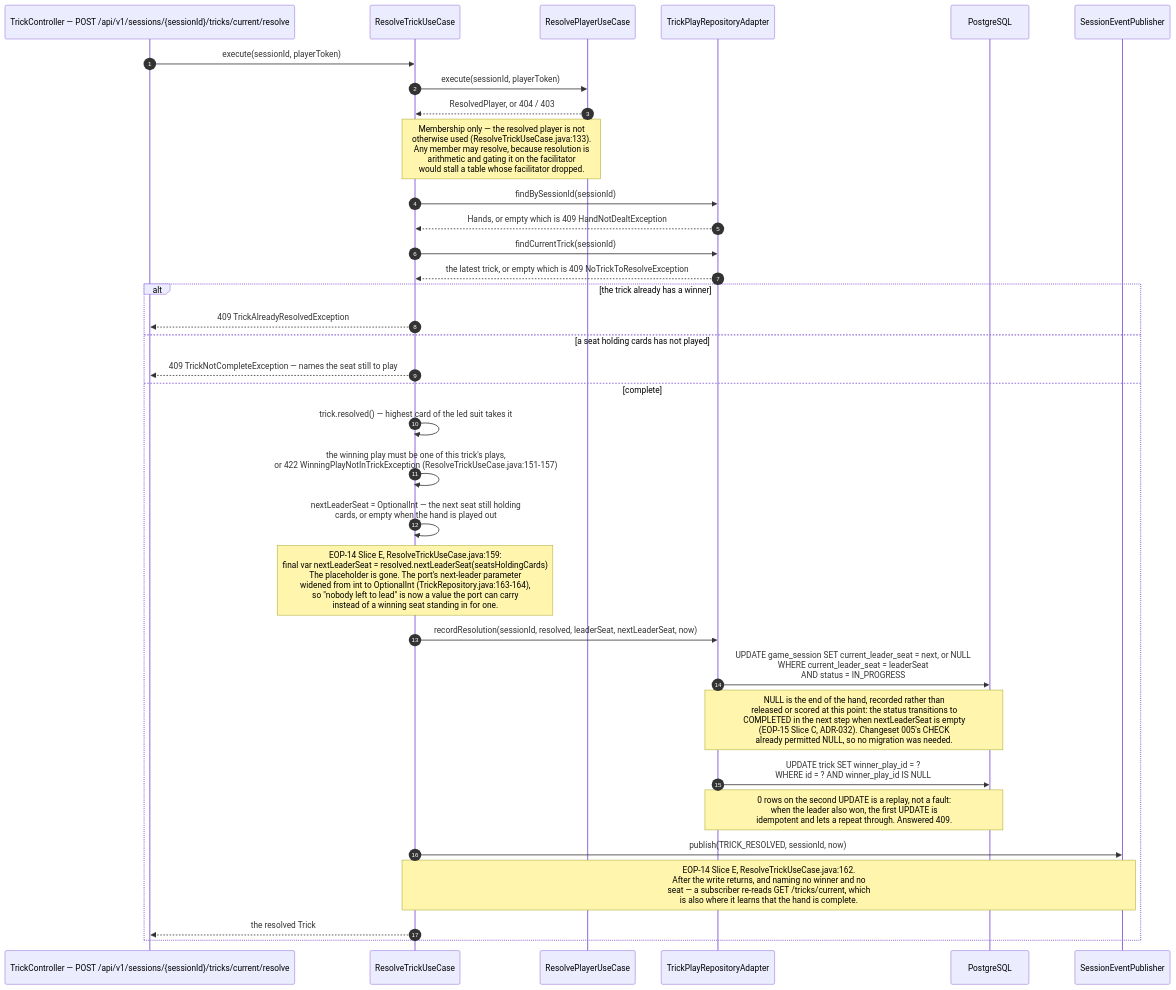
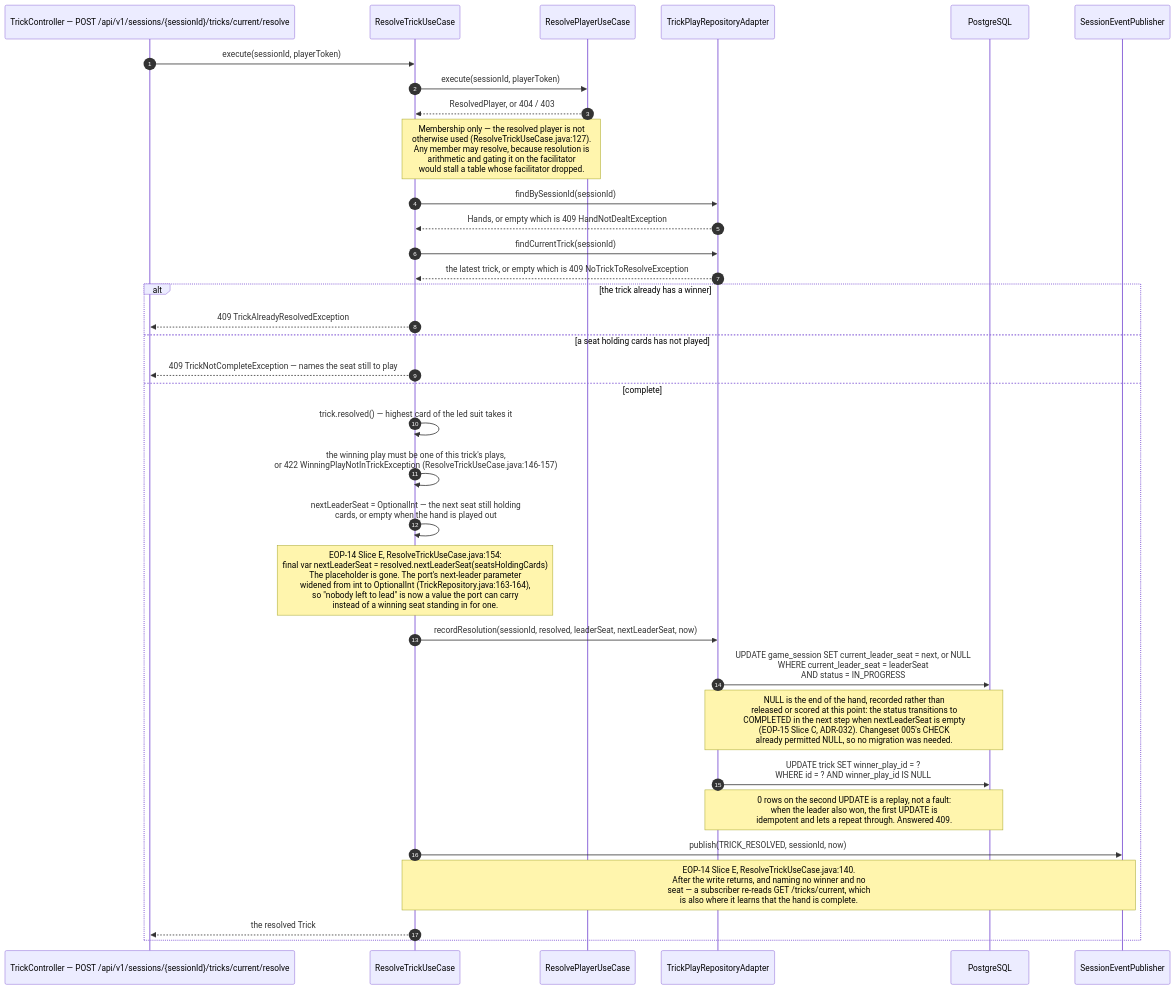
One commit to maglez/eop-threat-medeling changed the sixth of 12 diagrams in docs/architecture/runtime-view.md. Above: the diagram before and after it, drawn with Mermaid. The commit also changed other lines of this file and 14 other files, not shown here.

````diff
--- a/docs/architecture/runtime-view.md
+++ b/docs/architecture/runtime-view.md
@@ -837,40 +843,40 @@
 ```mermaid
 sequenceDiagram
     autonumber
     participant CL as TrickController — POST /api/v1/sessions/{sessionId}/tricks/current/resolve
     participant RT as ResolveTrickUseCase
     participant RP as ResolvePlayerUseCase
     participant TPRA as TrickPlayRepositoryAdapter
     participant DB as PostgreSQL
     participant EV as SessionEventPublisher
 
     CL->>RT: execute(sessionId, playerToken)
 
     RT->>RP: execute(sessionId, playerToken)
     RP-->>RT: ResolvedPlayer, or 404 / 403
-    Note over RT,RP: Membership only — the resolved player is not<br/>otherwise used (ResolveTrickUseCase.java:133).<br/>Any member may resolve, because resolution is<br/>arithmetic and gating it on the facilitator<br/>would stall a table whose facilitator dropped.
+    Note over RT,RP: Membership only — the resolved player is not<br/>otherwise used (ResolveTrickUseCase.java:127).<br/>Any member may resolve, because resolution is<br/>arithmetic and gating it on the facilitator<br/>would stall a table whose facilitator dropped.
 
     RT->>TPRA: findBySessionId(sessionId)
     TPRA-->>RT: Hands, or empty which is 409 HandNotDealtException
     RT->>TPRA: findCurrentTrick(sessionId)
     TPRA-->>RT: the latest trick, or empty which is 409 NoTrickToResolveException
 
     alt the trick already has a winner
         RT-->>CL: 409 TrickAlreadyResolvedException
     else a seat holding cards has not played
         RT-->>CL: 409 TrickNotCompleteException — names the seat still to play
     else complete
         RT->>RT: trick.resolved() — highest card of the led suit takes it
-        RT->>RT: the winning play must be one of this trick's plays,<br/>or 422 WinningPlayNotInTrickException (ResolveTrickUseCase.java:151-157)
+        RT->>RT: the winning play must be one of this trick's plays,<br/>or 422 WinningPlayNotInTrickException (ResolveTrickUseCase.java:146-157)
         RT->>RT: nextLeaderSeat = OptionalInt — the next seat still holding<br/>cards, or empty when the hand is played out
-        Note over RT: EOP-14 Slice E, ResolveTrickUseCase.java:159:<br/>final var nextLeaderSeat = resolved.nextLeaderSeat(seatsHoldingCards)<br/>The placeholder is gone. The port's next-leader parameter<br/>widened from int to OptionalInt (TrickRepository.java:163-164),<br/>so "nobody left to lead" is now a value the port can carry<br/>instead of a winning seat standing in for one.
+        Note over RT: EOP-14 Slice E, ResolveTrickUseCase.java:154:<br/>final var nextLeaderSeat = resolved.nextLeaderSeat(seatsHoldingCards)<br/>The placeholder is gone. The port's next-leader parameter<br/>widened from int to OptionalInt (TrickRepository.java:163-164),<br/>so "nobody left to lead" is now a value the port can carry<br/>instead of a winning seat standing in for one.
         RT->>TPRA: recordResolution(sessionId, resolved, leaderSeat, nextLeaderSeat, now)
         TPRA->>DB: UPDATE game_session SET current_leader_seat = next, or NULL<br/>WHERE current_leader_seat = leaderSeat<br/>AND status = IN_PROGRESS
         Note over TPRA,DB: NULL is the end of the hand, recorded rather than<br/>released or scored at this point: the status transitions to<br/>COMPLETED in the next step when nextLeaderSeat is empty<br/>(EOP-15 Slice C, ADR-032). Changeset 005's CHECK<br/>already permitted NULL, so no migration was needed.
         TPRA->>DB: UPDATE trick SET winner_play_id = ?<br/>WHERE id = ? AND winner_play_id IS NULL
         Note over TPRA,DB: 0 rows on the second UPDATE is a replay, not a fault:<br/>when the leader also won, the first UPDATE is<br/>idempotent and lets a repeat through. Answered 409.
         RT->>EV: publish(TRICK_RESOLVED, sessionId, now)
-        Note over RT,EV: EOP-14 Slice E, ResolveTrickUseCase.java:162.<br/>After the write returns, and naming no winner and no<br/>seat — a subscriber re-reads GET /tricks/current, which<br/>is also where it learns that the hand is complete.
+        Note over RT,EV: EOP-14 Slice E, ResolveTrickUseCase.java:140.<br/>After the write returns, and naming no winner and no<br/>seat — a subscriber re-reads GET /tricks/current, which<br/>is also where it learns that the hand is complete.
         RT-->>CL: the resolved Trick
     end
 ```
````
